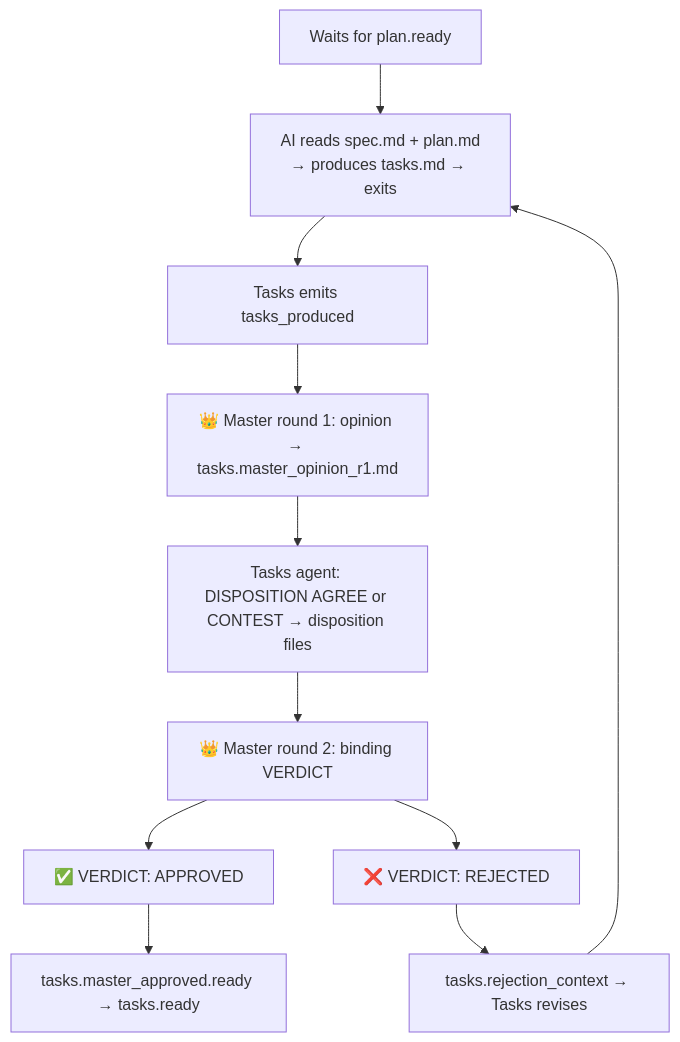
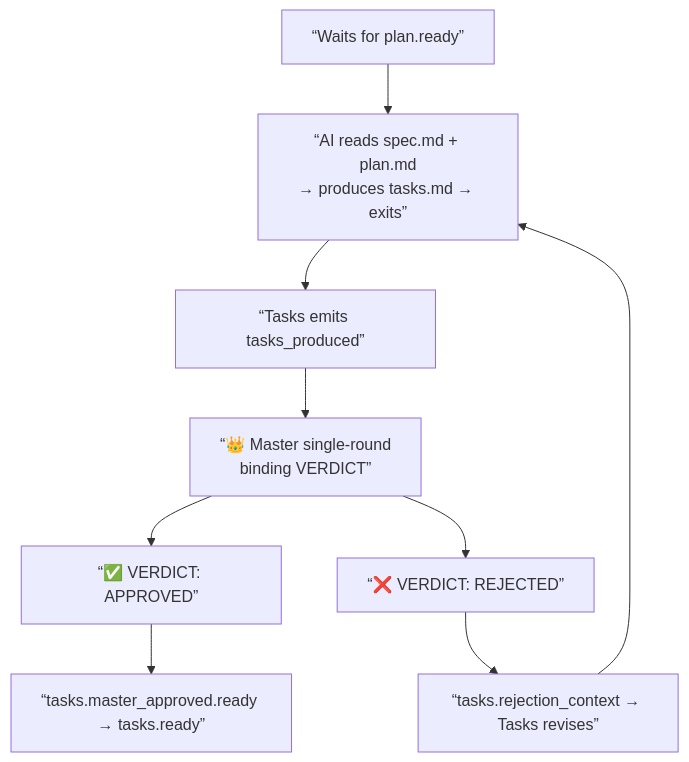
Before and after one commit to weprodev/FlowAI: the fourth of 7 diagrams in docs/AGENT-COMMUNICATION.md, drawn with Mermaid. The commit also changed other lines of this file and 19 other files, not shown here.

Commit message:
refactor: simplify Master-Tasks review to a single-round binding verdict and implement tool-specific project config injection for subagent rule propagation

````diff
--- a/docs/AGENT-COMMUNICATION.md
+++ b/docs/AGENT-COMMUNICATION.md
@@ -209,17 +208,15 @@
 ```mermaid
 flowchart TD
-    Wait["Waits for plan.ready"]
-    AI["AI reads spec.md + plan.md<br/>→ produces tasks.md → exits"]
-    Event["Tasks emits tasks_produced"]
-    R1["👑 Master round 1: opinion → tasks.master_opinion_r1.md"]
-    Disp["Tasks agent: DISPOSITION AGREE or CONTEST → disposition files"]
-    R2["👑 Master round 2: binding VERDICT"]
-    Approve["✅ VERDICT: APPROVED"]
-    Reject["❌ VERDICT: REJECTED"]
-    Signal["tasks.master_approved.ready → tasks.ready"]
-    Revise["tasks.rejection_context → Tasks revises"]
+    Wait[“Waits for plan.ready”]
+    AI[“AI reads spec.md + plan.md<br/>→ produces tasks.md → exits”]
+    Event[“Tasks emits tasks_produced”]
+    Verdict[“👑 Master single-round<br/>binding VERDICT”]
+    Approve[“✅ VERDICT: APPROVED”]
+    Reject[“❌ VERDICT: REJECTED”]
+    Signal[“tasks.master_approved.ready → tasks.ready”]
+    Revise[“tasks.rejection_context → Tasks revises”]
 
-    Wait --> AI --> Event --> R1 --> Disp --> R2
-    R2 --> Approve --> Signal
-    R2 --> Reject --> Revise --> AI
+    Wait --> AI --> Event --> Verdict
+    Verdict --> Approve --> Signal
+    Verdict --> Reject --> Revise --> AI
 ```
````
